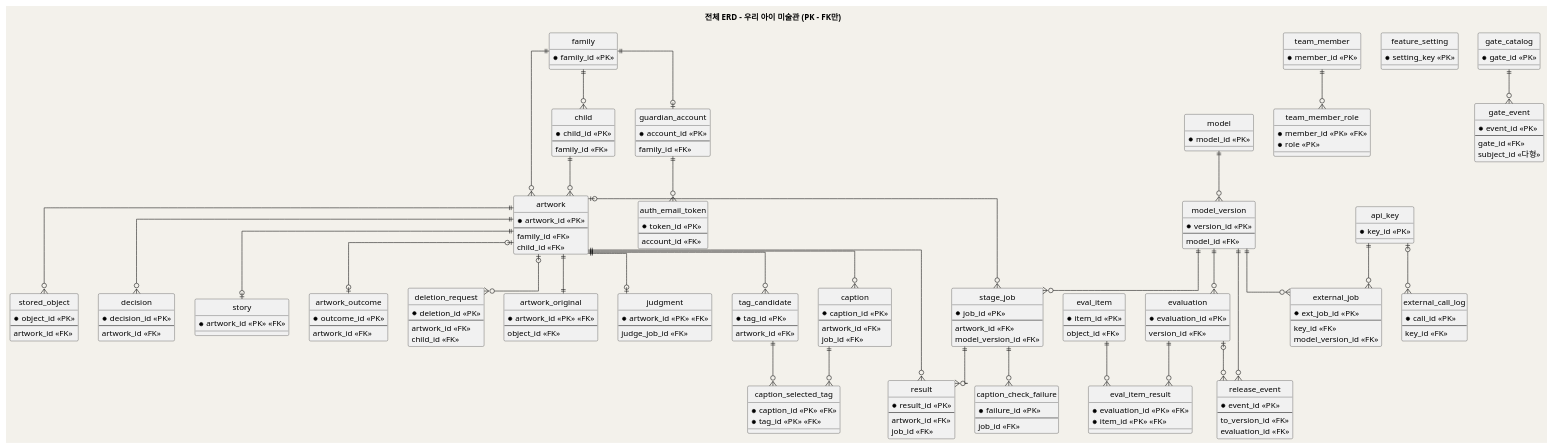
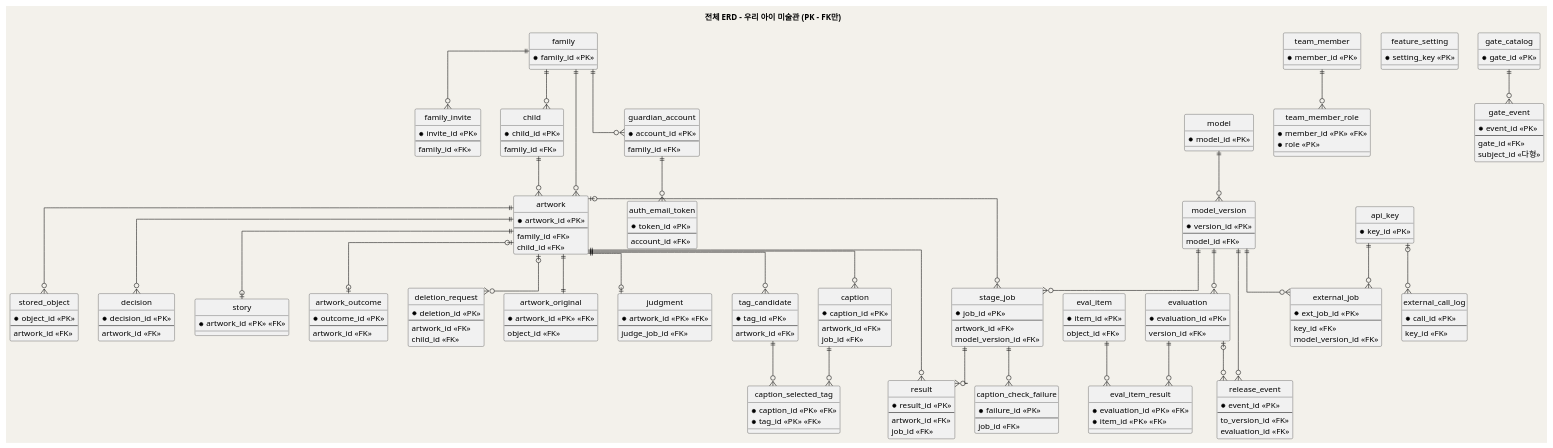
One commit to kids-gallery/uri-gallery changed the second of 11 diagrams in design/SD_03_데이터베이스설계서_우리아이미술관.md. Above: the diagram before and after it, drawn with PlantUML. The commit also changed other lines of this file and 14 other files, not shown here.

First line of the commit message:
U1 확정(공동 보호자) 반영: UC15 신설, G28·G29, family_invite, 가족당 만든 보호자 1명

```diff
--- a/design/SD_03_데이터베이스설계서_우리아이미술관.md
+++ b/design/SD_03_데이터베이스설계서_우리아이미술관.md
@@ -279,6 +279,11 @@
   * token_id <<PK>>
   --
   account_id <<FK>>
+}
+entity "family_invite" as fi {
+  * invite_id <<PK>>
+  --
+  family_id <<FK>>
 }
 entity "child" as child {
   * child_id <<PK>>
@@ -418,8 +423,9 @@
   gate_id <<FK>>
   subject_id <<다형>>
 }
-family ||--o| ga
+family ||--o{ ga
 ga ||--o{ aet
+family ||--o{ fi
 family ||--o{ child
 tm ||--o{ tmr
 family ||--o{ aw
```
